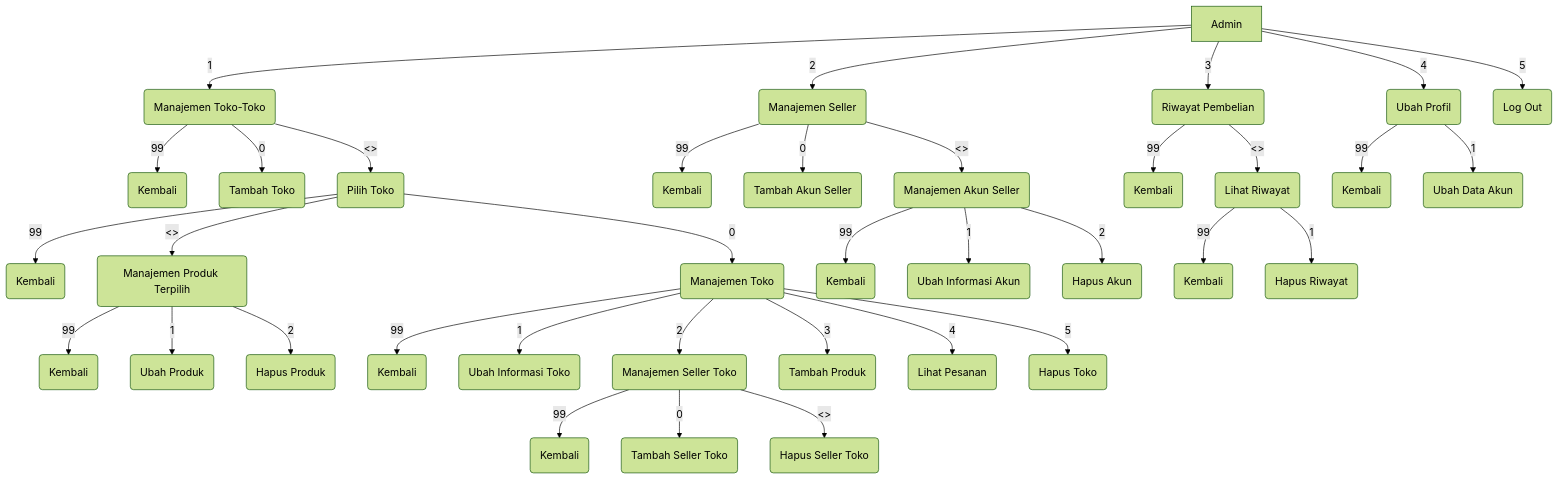
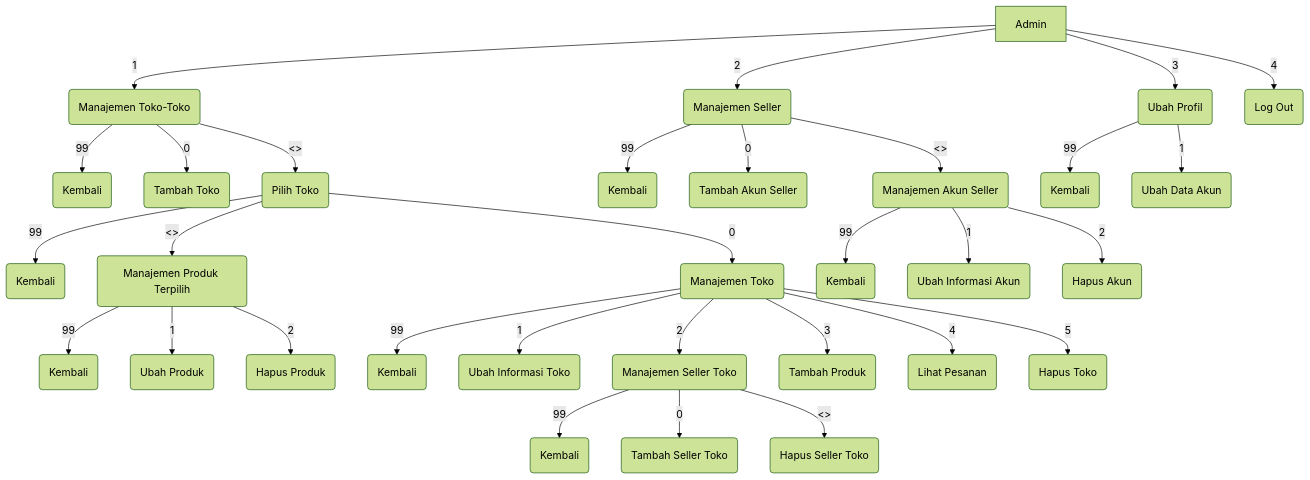
The second of 3 diagrams in README.md (Viabelous/ProjekAkhirPBO), drawn with Mermaid (forest theme) before and after one commit.

````diff
--- a/README.md
+++ b/README.md
@@ -61,45 +61,39 @@
 ```mermaid
 graph
 
 A[Admin] -- 1 --> B(Manajemen Toko-Toko)
 B --99 --> BA(Kembali)
 B -- 0 --> BB(Tambah Toko)
 B -- <> --> BC(Pilih Toko)
 	BC -- 99 --> BCA(Kembali)
 	BC -- 0 --> BCB(Manajemen Toko)
 	BC -- <> --> BCC(Manajemen Produk Terpilih)
 		BCC -- 99 --> BCCA(Kembali)
 		BCC -- 1 --> BCCB(Ubah Produk)
 		BCC -- 2 --> BCCC(Hapus Produk)
 
 BCB -- 99 --> BCBA(Kembali)
 BCB -- 1 --> BCBB(Ubah Informasi Toko)
 BCB -- 2 --> BCBC(Manajemen Seller Toko)
 	BCBC -- 99 --> BCBCA(Kembali)
 	BCBC -- 0 --> BCBCB(Tambah Seller Toko)
 	BCBC -- <> --> BCBCC(Hapus Seller Toko)
 BCB -- 3 --> BCBE(Tambah Produk)
 BCB -- 4 --> BCBF(Lihat Pesanan)
 BCB -- 5 --> BCBG(Hapus Toko)
 
 A -- 2 --> C(Manajemen Seller)
 C -- 99 --> CA(Kembali)
 C -- 0 --> CB(Tambah Akun Seller)
 C -- <> --> CC(Manajemen Akun Seller)
 	CC -- 99 --> CCA(Kembali)
 	CC -- 1 --> CCB(Ubah Informasi Akun)
 	CC -- 2 --> CCC(Hapus Akun)
 
-A -- 3 --> D(Riwayat Pembelian)
+A -- 3 --> D(Ubah Profil)
+
 D -- 99 --> DA(Kembali)
-D -- <> --> DB(Lihat Riwayat)
-	DB -- 99 --> DBA(Kembali)
-	DB -- 1 --> DBB(Hapus Riwayat)
+D -- 1 --> DB(Ubah Data Akun)
 
-A -- 4 --> E(Ubah Profil)
-
-E -- 99 --> EA(Kembali)
-E -- 1 --> EB(Ubah Data Akun)
-
-A -- 5 --> F(Log Out)
+A -- 4 --> E(Log Out)
 ```
````
